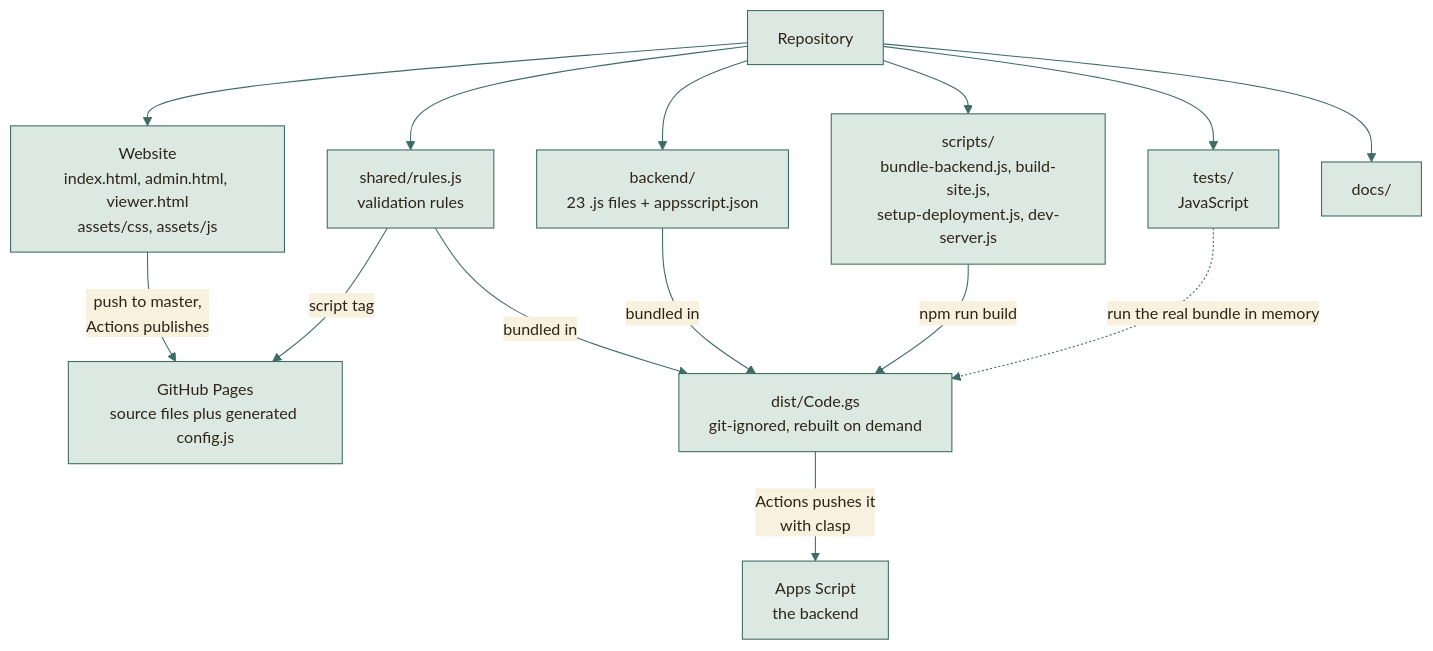
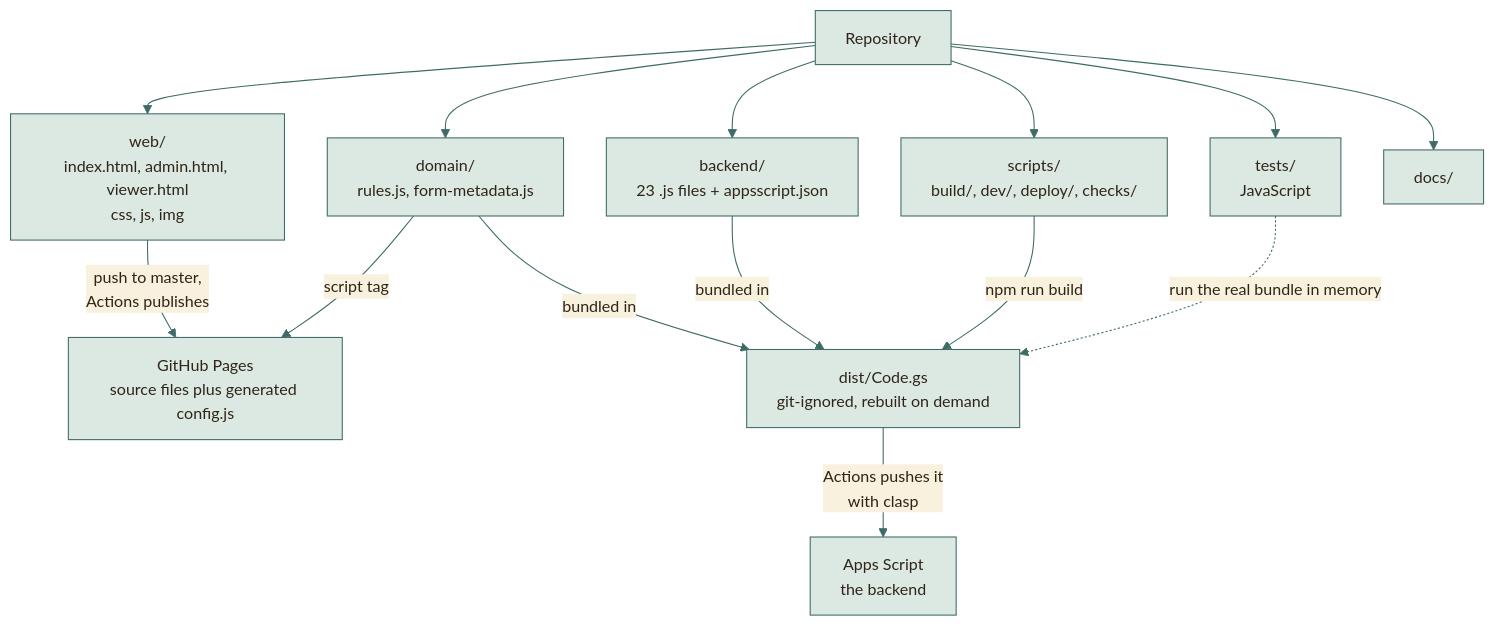
One commit to moyeh04/forms-platform changed the first of 3 diagrams in docs/architecture/FILE-STRUCTURE.md. Above: the diagram before and after it, drawn with Mermaid. The commit also changed other lines of this file and 69 other files, not shown here.

````diff
--- a/docs/architecture/FILE-STRUCTURE.md
+++ b/docs/architecture/FILE-STRUCTURE.md
@@ -7,46 +7,46 @@
 ```mermaid
 %%{init: {
   'theme': 'base',
   'themeVariables': {
     'fontFamily': 'ui-sans-serif, system-ui, -apple-system, Segoe UI, Roboto, sans-serif',
     'fontSize': '15px',
     'primaryColor': '#DCE9E2', 'primaryBorderColor': '#3F6B66', 'primaryTextColor': '#2F2418',
     'secondaryColor': '#F0E4C8', 'secondaryBorderColor': '#C9A24A', 'secondaryTextColor': '#2F2418',
     'tertiaryColor': '#F6EFDC', 'tertiaryBorderColor': '#CDBB94', 'tertiaryTextColor': '#2F2418',
     'lineColor': '#3F6B66', 'textColor': '#2F2418', 'mainBkg': '#DCE9E2', 'nodeBorder': '#3F6B66',
     'clusterBkg': '#F6EFDC', 'clusterBorder': '#CDBB94', 'titleColor': '#2F2418',
     'edgeLabelBackground': '#F8F1DD',
     'actorBkg': '#DCE9E2', 'actorBorder': '#3F6B66', 'actorTextColor': '#2F2418', 'actorLineColor': '#8FB3AB',
     'signalColor': '#477A73', 'signalTextColor': '#477A73',
     'labelBoxBkgColor': '#F0E4C8', 'labelBoxBorderColor': '#C9A24A', 'labelTextColor': '#2F2418', 'loopTextColor': '#6A5A44',
     'noteBkgColor': '#FBEFC9', 'noteBorderColor': '#C9A24A', 'noteTextColor': '#2F2418',
     'activationBkgColor': '#DCE9E2', 'activationBorderColor': '#3F6B66', 'sequenceNumberColor': '#F8F1DD',
     'transitionColor': '#3F6B66', 'stateLabelColor': '#2F2418', 'stateBkg': '#DCE9E2', 'altBackground': '#F6EFDC',
     'attributeBackgroundColorOdd': '#F8F1DD', 'attributeBackgroundColorEven': '#F0E4C8'
   },
   'flowchart': {'curve': 'basis', 'padding': 14, 'nodeSpacing': 40, 'rankSpacing': 46},
   'sequence': {'mirrorActors': false, 'messageMargin': 34, 'boxMargin': 8}
 }}%%
 flowchart TD
     repo["Repository"]
-    repo --> web["Website<br/>index.html, admin.html, viewer.html<br/>assets/css, assets/js"]
-    repo --> shared["shared/rules.js<br/>validation rules"]
+    repo --> web["web/<br/>index.html, admin.html, viewer.html<br/>css, js, img"]
+    repo --> shared["domain/<br/>rules.js, form-metadata.js"]
     repo --> be["backend/<br/>23 .js files + appsscript.json"]
-    repo --> sc["scripts/<br/>bundle-backend.js, build-site.js,<br/>setup-deployment.js, dev-server.js"]
+    repo --> sc["scripts/<br/>build/, dev/, deploy/, checks/"]
     repo --> ts["tests/<br/>JavaScript"]
     repo --> dc["docs/"]
 
     web -- "push to master,<br/>Actions publishes" --> gh["GitHub Pages<br/>source files plus generated config.js"]
     shared -- "script tag" --> gh
     shared -- "bundled in" --> dist["dist/Code.gs<br/>git-ignored, rebuilt on demand"]
     be -- "bundled in" --> dist
     sc -- "npm run build" --> dist
     dist -- "Actions pushes it<br/>with clasp" --> gas["Apps Script<br/>the backend"]
     ts -. "run the real bundle in memory" .-> dist
     classDef cDb fill:#F3E2B3,stroke:#B8892D,stroke-width:1.5px,color:#2F2418
     classDef cActor fill:#F4D9D3,stroke:#9A3328,stroke-width:1.5px,color:#2F2418
     classDef cDec fill:#FBEFC9,stroke:#C9A24A,stroke-width:1.5px,color:#2F2418
     classDef cEnd fill:#2F2418,stroke:#2F2418,color:#F8F1DD
     classDef cErr fill:#F6D5CF,stroke:#A12B1F,stroke-width:1.5px,color:#5A140C
     classDef cOk fill:#BFD9CF,stroke:#2E5A55,stroke-width:1.5px,color:#17302D
 ```
````
